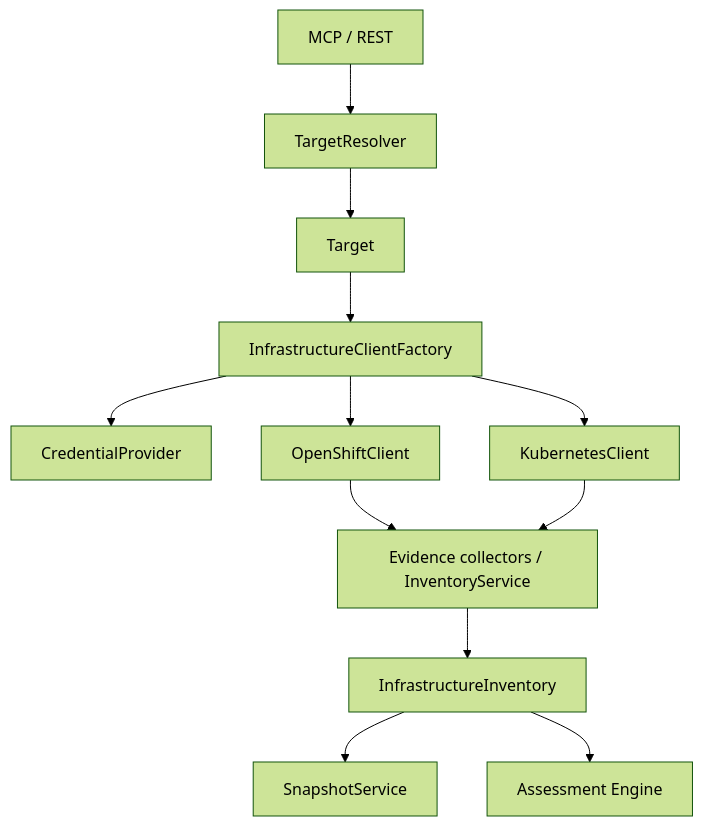
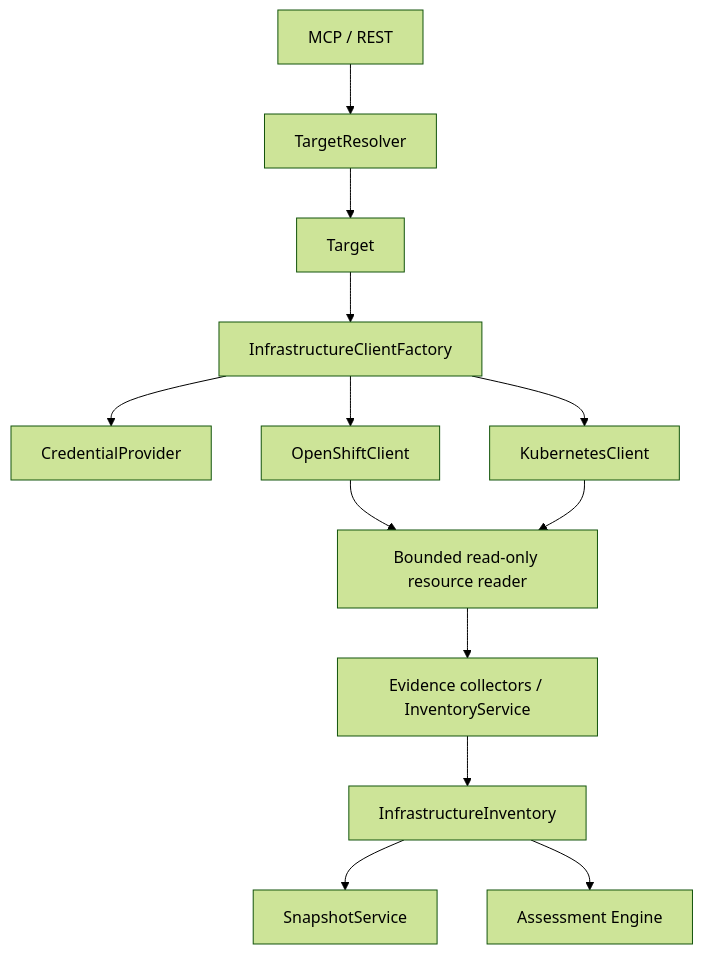
Before and after one commit to csfreitas/keycloak-operations: the diagram in docs/infrastructure-inventory.md, drawn with Mermaid (forest theme). The commit also changed other lines of this file and 543 other files, not shown here.

````diff
--- a/docs/infrastructure-inventory.md
+++ b/docs/infrastructure-inventory.md
@@ -5,14 +5,15 @@
 ```mermaid
 flowchart TB
   MCP["MCP / REST"] --> Resolver[TargetResolver]
   Resolver --> Target[Target]
   Target --> Factory[InfrastructureClientFactory]
   Factory --> Creds[CredentialProvider]
   Factory --> OC[OpenShiftClient]
   Factory --> KC[KubernetesClient]
-  OC --> Collectors[Evidence collectors / InventoryService]
-  KC --> Collectors
+  OC --> Reader[Bounded read-only resource reader]
+  KC --> Reader
+  Reader --> Collectors[Evidence collectors / InventoryService]
   Collectors --> Inv[InfrastructureInventory]
   Inv --> Snap[SnapshotService]
   Inv --> Assess[Assessment Engine]
 ```
````
